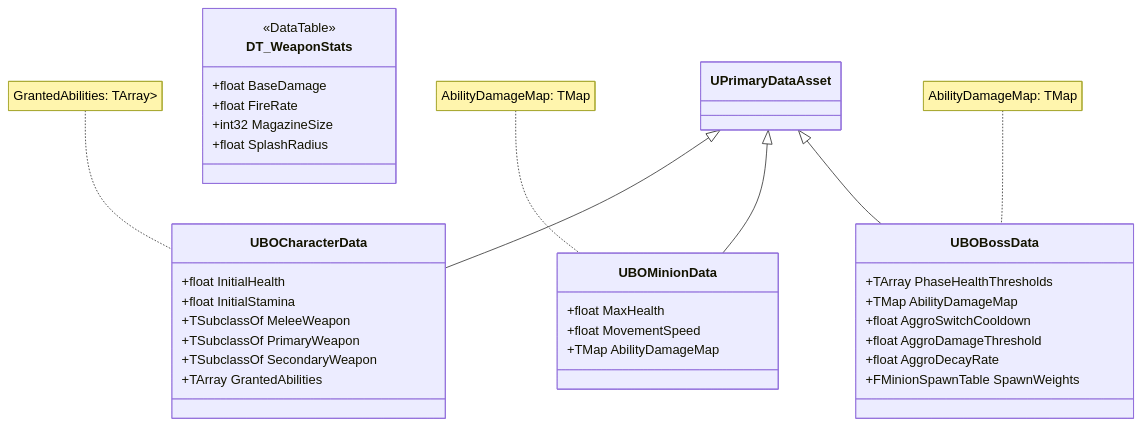
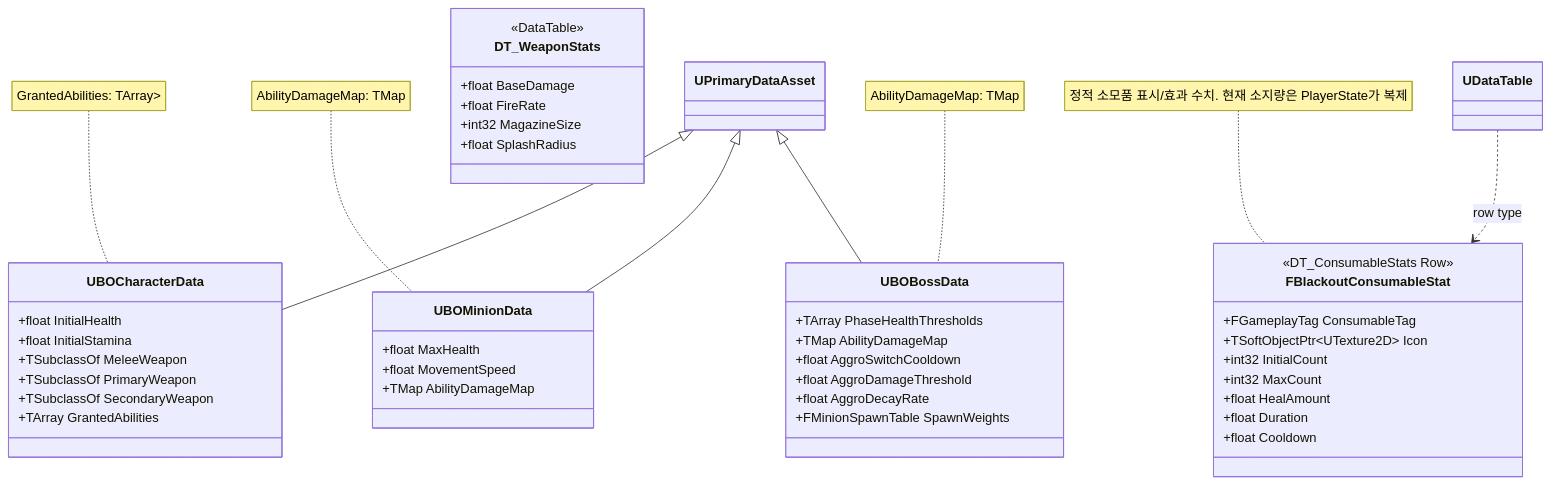
The fifth of 12 diagrams in Docs/Project_Blackout_클래스다이어그램.md (seongwon1579/ProjectBlackout), drawn with Mermaid before and after one commit. The commit also changed other lines of this file and 4 other files, not shown here.

````diff
--- a/Docs/Project_Blackout_클래스다이어그램.md
+++ b/Docs/Project_Blackout_클래스다이어그램.md
@@ -175,44 +178,57 @@
 ```mermaid
 classDiagram
     direction TB
 
     UPrimaryDataAsset <|-- UBOCharacterData
     UPrimaryDataAsset <|-- UBOMinionData
     UPrimaryDataAsset <|-- UBOBossData
+    UDataTable ..> FBlackoutConsumableStat : row type
 
     class UBOCharacterData {
         +float InitialHealth
         +float InitialStamina
         +TSubclassOf MeleeWeapon
         +TSubclassOf PrimaryWeapon
         +TSubclassOf SecondaryWeapon
         +TArray GrantedAbilities
     }
 
     class UBOMinionData {
         +float MaxHealth
         +float MovementSpeed
         +TMap AbilityDamageMap
     }
 
     class UBOBossData {
         +TArray PhaseHealthThresholds
         +TMap AbilityDamageMap
         +float AggroSwitchCooldown
         +float AggroDamageThreshold
         +float AggroDecayRate
         +FMinionSpawnTable SpawnWeights
     }
 
     class DT_WeaponStats {
         <<DataTable>>
         +float BaseDamage
         +float FireRate
         +int32 MagazineSize
         +float SplashRadius
     }
 
+    class FBlackoutConsumableStat {
+        <<DT_ConsumableStats Row>>
+        +FGameplayTag ConsumableTag
+        +TSoftObjectPtr~UTexture2D~ Icon
+        +int32 InitialCount
+        +int32 MaxCount
+        +float HealAmount
+        +float Duration
+        +float Cooldown
+    }
+
     note for UBOCharacterData "GrantedAbilities: TArray<TSubclassOf<UGameplayAbility>>"
     note for UBOMinionData "AbilityDamageMap: TMap<FGameplayTag, float>"
     note for UBOBossData "AbilityDamageMap: TMap<FGameplayTag, float>"
+    note for FBlackoutConsumableStat "정적 소모품 표시/효과 수치. 현재 소지량은 PlayerState가 복제"
 ```
````
